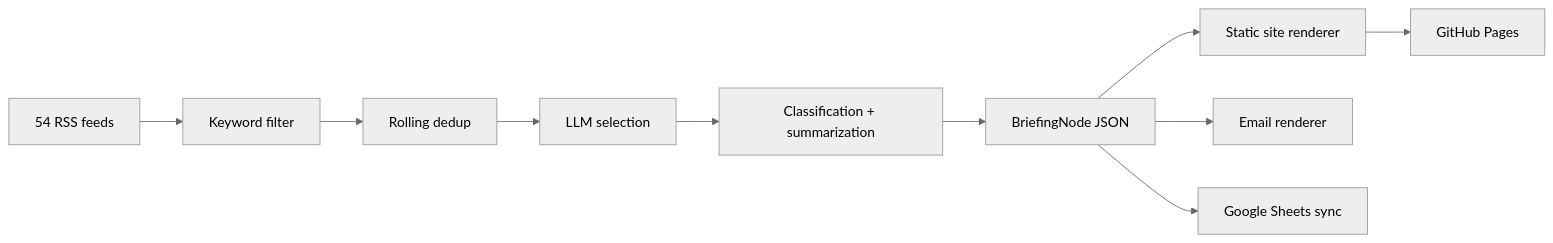
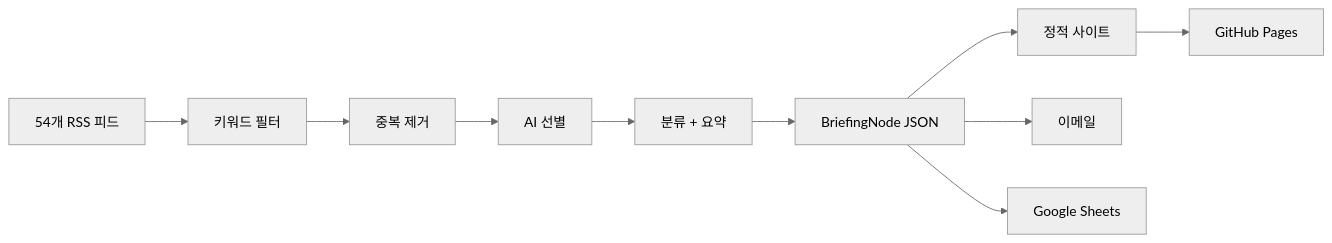
One commit to kipeum86/game-legal-briefing changed the diagram in docs/ko/README.md. Above: the diagram before and after it, drawn with Mermaid (neutral theme). The commit also changed other lines of this file and 1 other file, not shown here.

````diff
--- a/docs/ko/README.md
+++ b/docs/ko/README.md
@@ -179,12 +56,12 @@
 ```mermaid
 flowchart LR
-    A["54 RSS feeds"] --> B["Keyword filter"]
-    B --> C["Rolling dedup"]
-    C --> D["LLM selection"]
-    D --> E["Classification + summarization"]
+    A["54개 RSS 피드"] --> B["키워드 필터"]
+    B --> C["중복 제거"]
+    C --> D["AI 선별"]
+    D --> E["분류 + 요약"]
     E --> F["BriefingNode JSON"]
-    F --> G["Static site renderer"]
-    F --> H["Email renderer"]
-    F --> I["Google Sheets sync"]
+    F --> G["정적 사이트"]
+    F --> H["이메일"]
+    F --> I["Google Sheets"]
     G --> J["GitHub Pages"]
 ```
````
